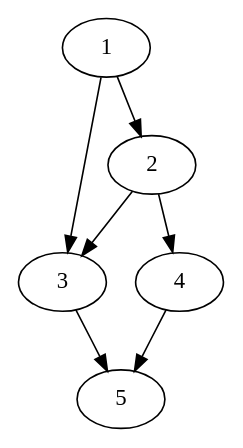
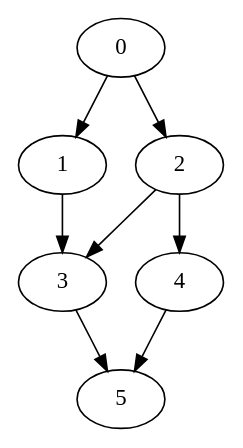
One commit to YLlampi/data-structures-and-algorithms changed the diagram in Grafos/grafo.dot. Above: the diagram before and after it, drawn with Graphviz. The commit also changed 6 other files, not shown here.

```diff
--- a/Grafos/grafo.dot
+++ b/Grafos/grafo.dot
@@ -1,13 +1,15 @@
 digraph G {
+x0[label="0"];
+x0->x1[arrowhead = normal];
+x0->x2[arrowhead = normal];
 x1[label="1"];
-x1->x2[arrowhead = normal];
 x1->x3[arrowhead = normal];
 x2[label="2"];
 x2->x3[arrowhead = normal];
 x2->x4[arrowhead = normal];
 x3[label="3"];
 x3->x5[arrowhead = normal];
 x4[label="4"];
 x4->x5[arrowhead = normal];
 x5[label="5"];
 }
```
